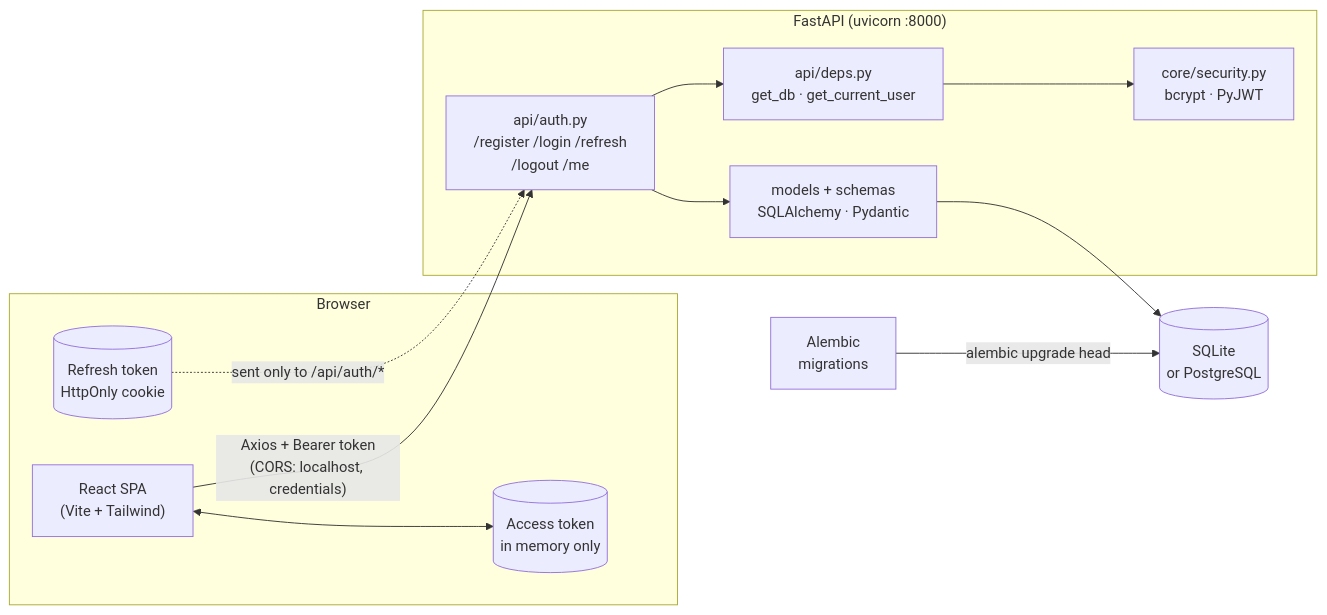
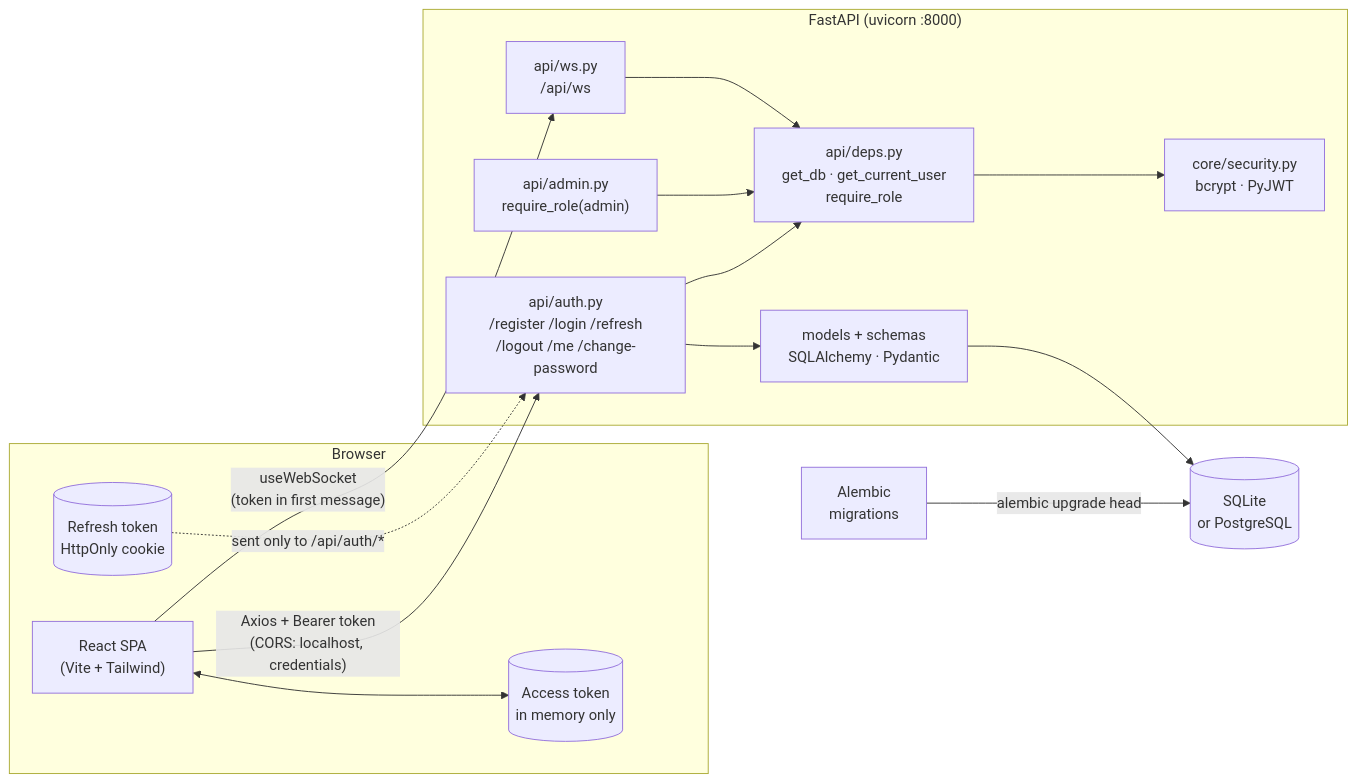
Before and after one commit to mrstrange2003/zero-to-launch: the diagram in README.md, drawn with Mermaid. The commit also changed other lines of this file and 26 other files, not shown here.

````diff
--- a/README.md
+++ b/README.md
@@ -85,26 +85,31 @@
 ```mermaid
 flowchart LR
     subgraph Browser
         UI["React SPA<br/>(Vite + Tailwind)"]
         Mem[("Access token<br/>in memory only")]
         Jar[("Refresh token<br/>HttpOnly cookie")]
         UI <--> Mem
     end
 
     subgraph Backend["FastAPI (uvicorn :8000)"]
-        R["api/auth.py<br/>/register /login /refresh<br/>/logout /me"]
-        D["api/deps.py<br/>get_db · get_current_user"]
+        R["api/auth.py<br/>/register /login /refresh<br/>/logout /me /change-password"]
+        AD["api/admin.py<br/>require_role(admin)"]
+        W["api/ws.py<br/>/api/ws"]
+        D["api/deps.py<br/>get_db · get_current_user<br/>require_role"]
         S["core/security.py<br/>bcrypt · PyJWT"]
         M["models + schemas<br/>SQLAlchemy · Pydantic"]
         R --> D --> S
+        AD --> D
+        W --> D
         R --> M
     end
 
     DB[("SQLite<br/>or PostgreSQL")]
     A["Alembic<br/>migrations"]
 
     UI -- "Axios + Bearer token<br/>(CORS: localhost, credentials)" --> R
+    UI -- "useWebSocket<br/>(token in first message)" --> W
     Jar -. "sent only to /api/auth/*" .-> R
     M --> DB
     A -- "alembic upgrade head" --> DB
 ```
````
